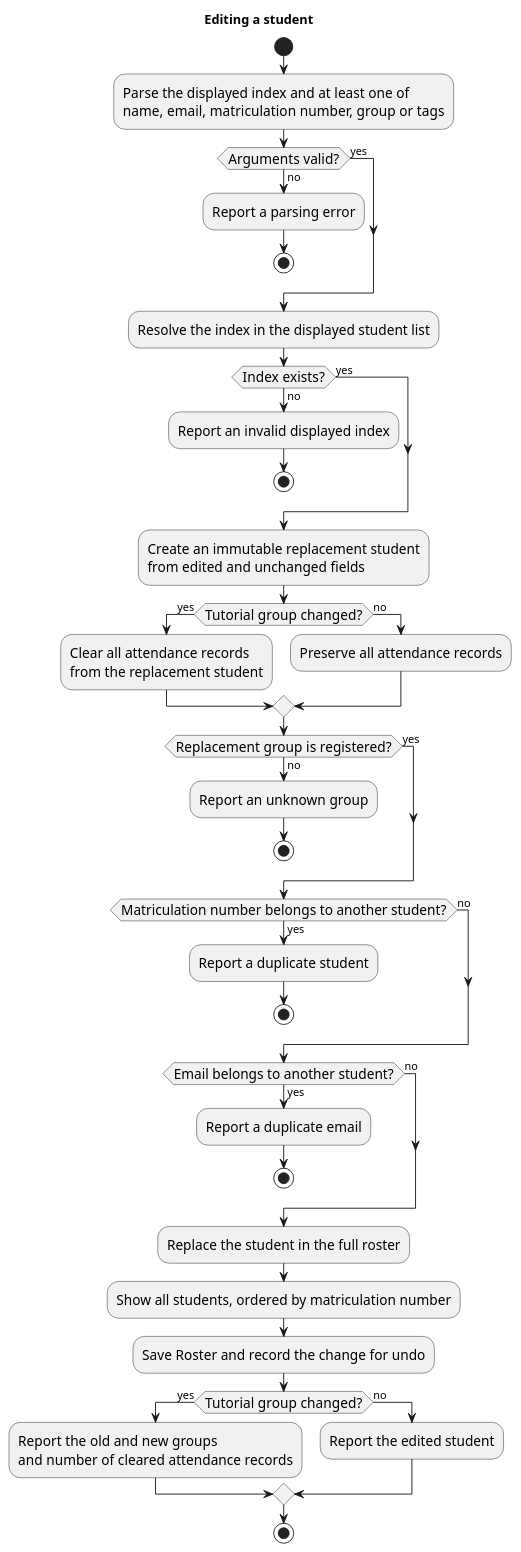
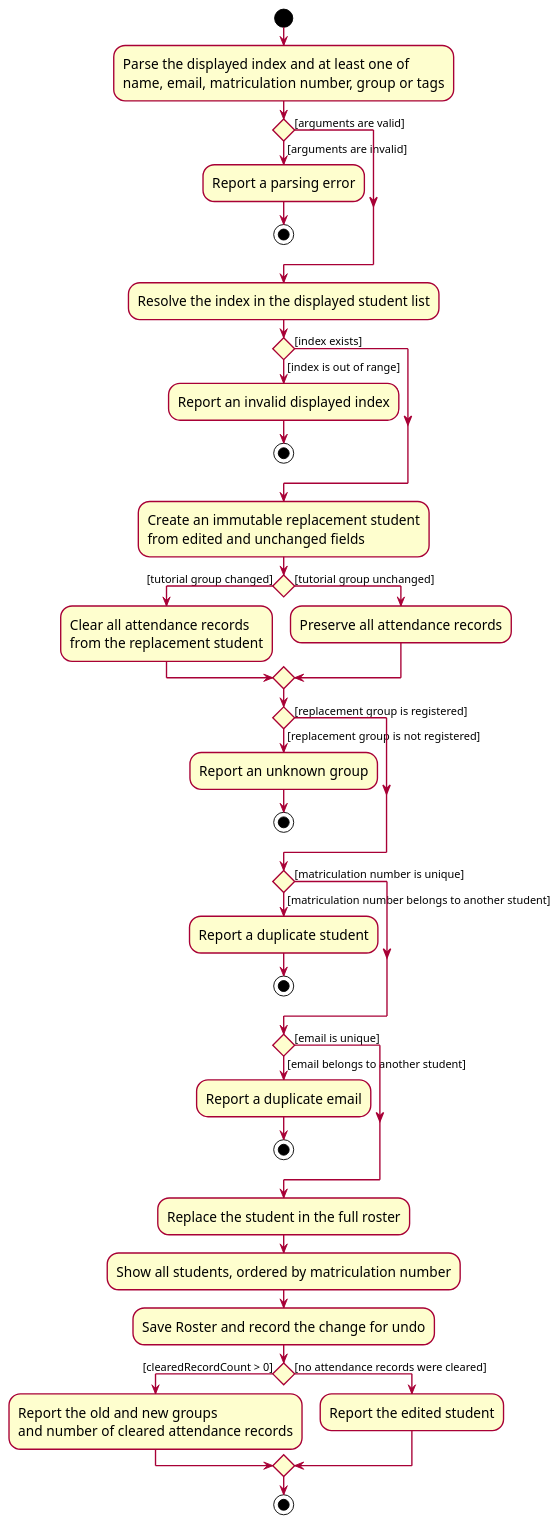
One commit to AY2627S1-CS2103T-F12-4/tp changed the diagram in docs/diagrams/EditStudentActivityDiagram.puml. Above: the diagram before and after it, drawn with PlantUML. The commit also changed 4 other files, not shown here.

Commit message:
Address UML diagram review comments

```diff
--- a/docs/diagrams/EditStudentActivityDiagram.puml
+++ b/docs/diagrams/EditStudentActivityDiagram.puml
@@ -1,60 +1,60 @@
 @startuml
+skin rose
 skinparam ActivityFontSize 15
 skinparam ArrowFontSize 12
 skinparam Shadowing false
-title Editing a student
 
 start
 :Parse the displayed index and at least one of
 name, email, matriculation number, group or tags;
-if (Arguments valid?) then (yes)
-else (no)
+if () then ([arguments are invalid])
     :Report a parsing error;
     stop
+else ([arguments are valid])
 endif
 
 :Resolve the index in the displayed student list;
-if (Index exists?) then (yes)
-else (no)
+if () then ([index is out of range])
     :Report an invalid displayed index;
     stop
+else ([index exists])
 endif
 
 :Create an immutable replacement student
 from edited and unchanged fields;
-if (Tutorial group changed?) then (yes)
+if () then ([tutorial group changed])
     :Clear all attendance records
     from the replacement student;
-else (no)
+else ([tutorial group unchanged])
     :Preserve all attendance records;
 endif
 
-if (Replacement group is registered?) then (yes)
-else (no)
+if () then ([replacement group is not registered])
     :Report an unknown group;
     stop
+else ([replacement group is registered])
 endif
 
-if (Matriculation number belongs to another student?) then (yes)
+if () then ([matriculation number belongs to another student])
     :Report a duplicate student;
     stop
-else (no)
+else ([matriculation number is unique])
 endif
 
-if (Email belongs to another student?) then (yes)
+if () then ([email belongs to another student])
     :Report a duplicate email;
     stop
-else (no)
+else ([email is unique])
 endif
 
 :Replace the student in the full roster;
 :Show all students, ordered by matriculation number;
 :Save Roster and record the change for undo;
-if (Tutorial group changed?) then (yes)
+if () then ([clearedRecordCount > 0])
     :Report the old and new groups
     and number of cleared attendance records;
-else (no)
+else ([no attendance records were cleared])
     :Report the edited student;
 endif
 stop
 @enduml
```
